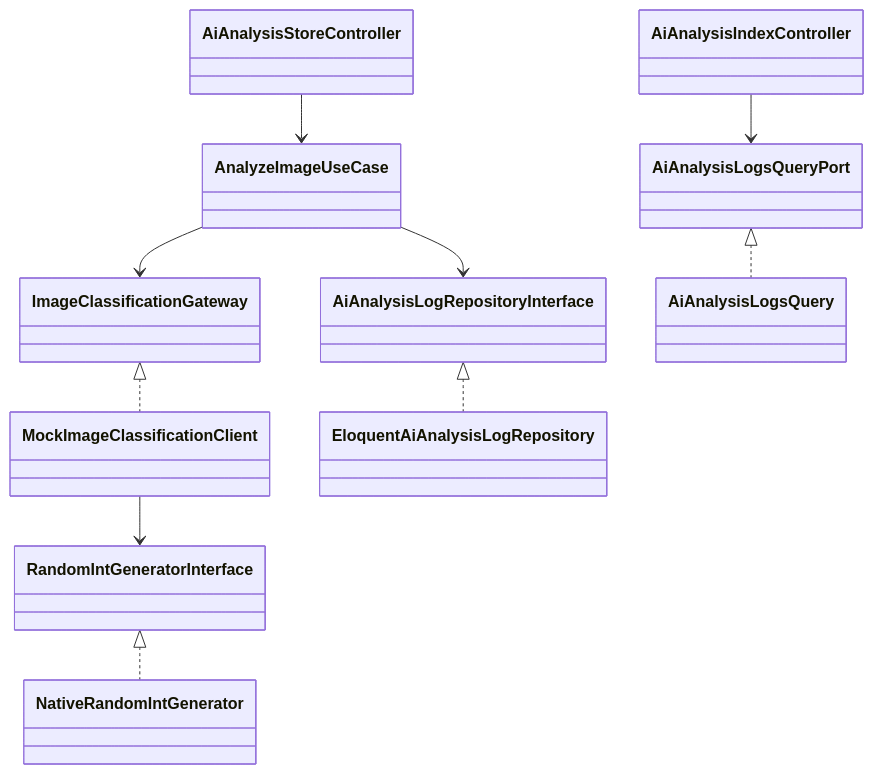
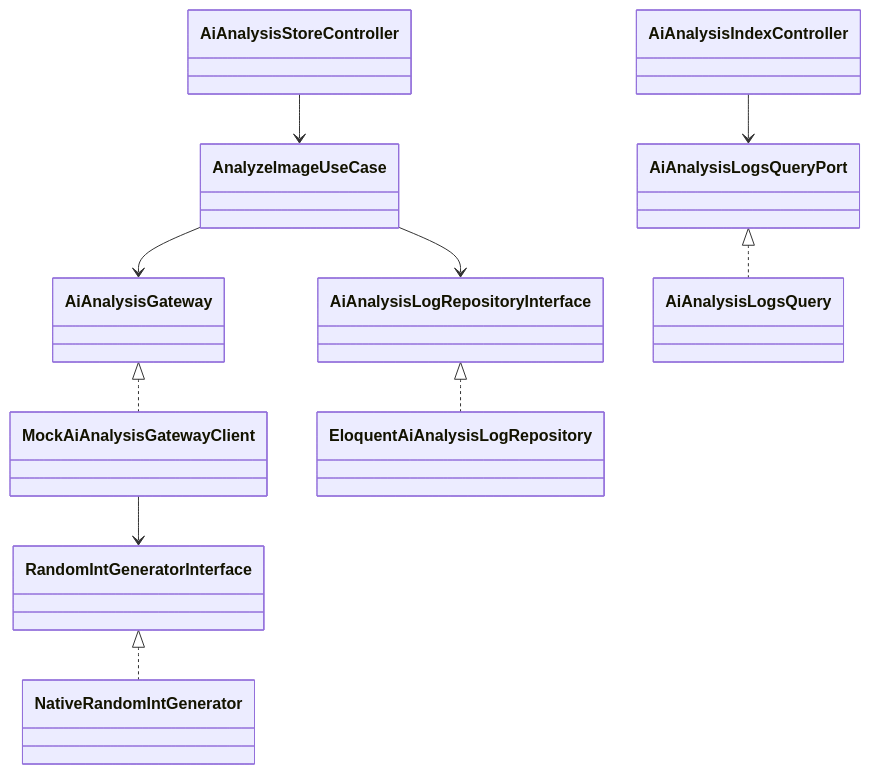
One commit to Rohiona/skill-test changed the diagram in README.md. Above: the diagram before and after it, drawn with Mermaid. The commit also changed other lines of this file and 11 other files, not shown here.

````diff
--- a/README.md
+++ b/README.md
@@ -108,24 +108,24 @@
 ```mermaid
 classDiagram
     class AiAnalysisStoreController
     class AnalyzeImageUseCase
-    class ImageClassificationGateway
+    class AiAnalysisGateway
     class AiAnalysisLogRepositoryInterface
-    class MockImageClassificationClient
+    class MockAiAnalysisGatewayClient
     class EloquentAiAnalysisLogRepository
     class AiAnalysisLogsQueryPort
     class AiAnalysisLogsQuery
     class RandomIntGeneratorInterface
     class NativeRandomIntGenerator
     class AiAnalysisIndexController
 
     AiAnalysisStoreController --> AnalyzeImageUseCase
-    AnalyzeImageUseCase --> ImageClassificationGateway
+    AnalyzeImageUseCase --> AiAnalysisGateway
     AnalyzeImageUseCase --> AiAnalysisLogRepositoryInterface
-    ImageClassificationGateway <|.. MockImageClassificationClient
+    AiAnalysisGateway <|.. MockAiAnalysisGatewayClient
     AiAnalysisLogRepositoryInterface <|.. EloquentAiAnalysisLogRepository
     AiAnalysisLogsQueryPort <|.. AiAnalysisLogsQuery
-    MockImageClassificationClient --> RandomIntGeneratorInterface
+    MockAiAnalysisGatewayClient --> RandomIntGeneratorInterface
     RandomIntGeneratorInterface <|.. NativeRandomIntGenerator
     AiAnalysisIndexController --> AiAnalysisLogsQueryPort
 ```
````
